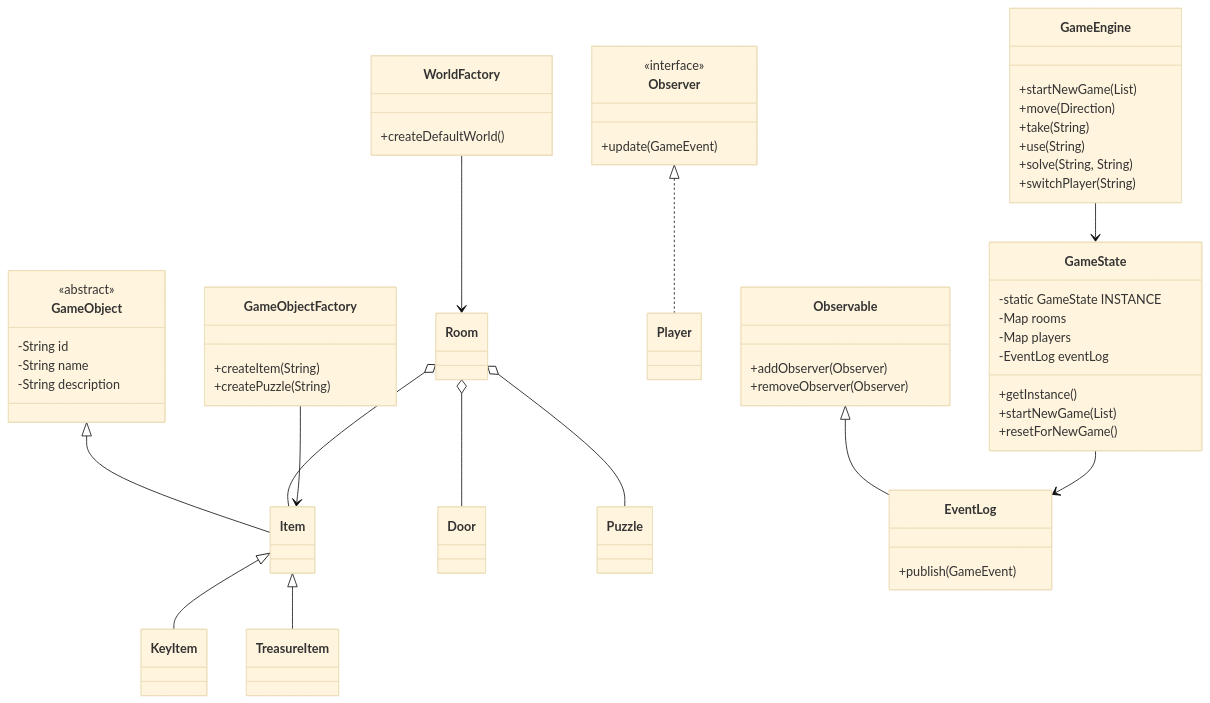
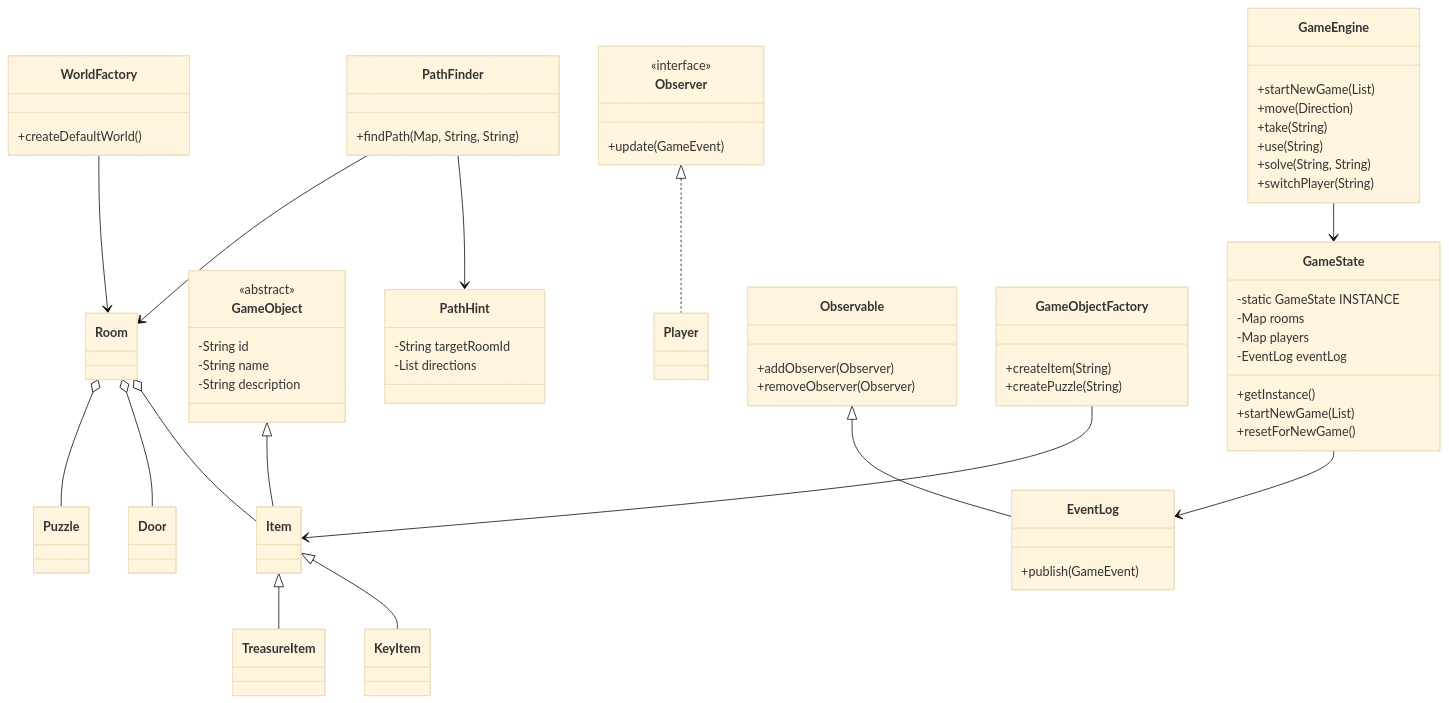
The second of 2 diagrams in README.md (66680/CS1OPNU-CW1), drawn with Mermaid (base theme) before and after one commit. The commit also changed other lines of this file and 9 other files, not shown here.

````diff
--- a/README.md
+++ b/README.md
@@ -77,67 +82,76 @@
 ```mermaid
 classDiagram
     class GameState {
         -static GameState INSTANCE
         -Map rooms
         -Map players
         -EventLog eventLog
         +getInstance()
         +startNewGame(List)
         +resetForNewGame()
     }
 
     class GameEngine {
         +startNewGame(List)
         +move(Direction)
         +take(String)
         +use(String)
         +solve(String, String)
         +switchPlayer(String)
     }
 
     class GameObject {
         <<abstract>>
         -String id
         -String name
         -String description
     }
 
     class Item
     class KeyItem
     class TreasureItem
     class Room
     class Door
     class Puzzle
     class Player
     class Observer {
         <<interface>>
         +update(GameEvent)
     }
     class Observable {
         +addObserver(Observer)
         +removeObserver(Observer)
     }
     class EventLog {
         +publish(GameEvent)
     }
     class GameObjectFactory {
         +createItem(String)
         +createPuzzle(String)
     }
     class WorldFactory {
         +createDefaultWorld()
     }
+    class PathFinder {
+        +findPath(Map, String, String)
+    }
+    class PathHint {
+        -String targetRoomId
+        -List directions
+    }
 
     GameObject <|-- Item
     Item <|-- KeyItem
     Item <|-- TreasureItem
     Observer <|.. Player
     Observable <|-- EventLog
     GameEngine --> GameState
     GameState --> EventLog
     Room o-- Item
     Room o-- Door
     Room o-- Puzzle
     WorldFactory --> Room
     GameObjectFactory --> Item
+    PathFinder --> PathHint
+    PathFinder --> Room
 ```
````
